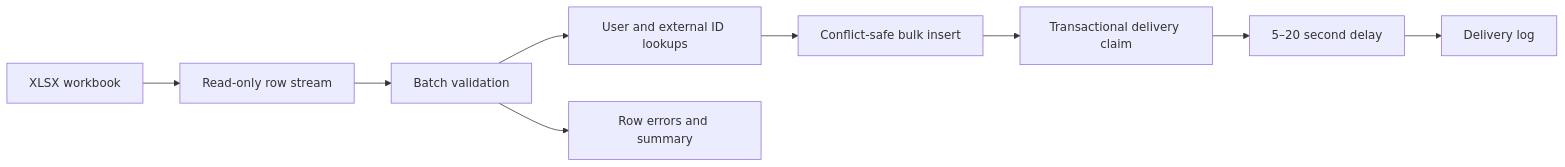
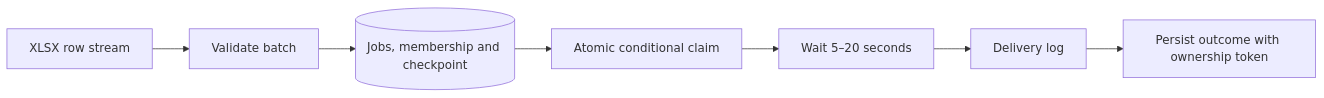
The diagram in README.md (IgorNadein/django-xlsx-mail-import), drawn with Mermaid before and after one commit. The commit also changed other lines of this file and 24 other files, not shown here.

````diff
--- a/README.md
+++ b/README.md
@@ -48,11 +105,9 @@
 ```mermaid
 flowchart LR
-    XLSX[XLSX workbook] --> STREAM[Read-only row stream]
-    STREAM --> VALIDATE[Batch validation]
-    VALIDATE --> LOOKUPS[User and external ID lookups]
-    LOOKUPS --> INSERT[Conflict-safe bulk insert]
-    INSERT --> CLAIM[Transactional delivery claim]
-    CLAIM --> DELAY[5–20 second delay]
+    XLSX[XLSX row stream] --> BATCH[Validate batch]
+    BATCH --> DB[(Jobs, membership and checkpoint)]
+    DB --> CLAIM[Atomic conditional claim]
+    CLAIM --> DELAY[Wait 5–20 seconds]
     DELAY --> LOG[Delivery log]
-    VALIDATE --> REPORT[Row errors and summary]
+    LOG --> STATE[Persist outcome with ownership token]
 ```
````
